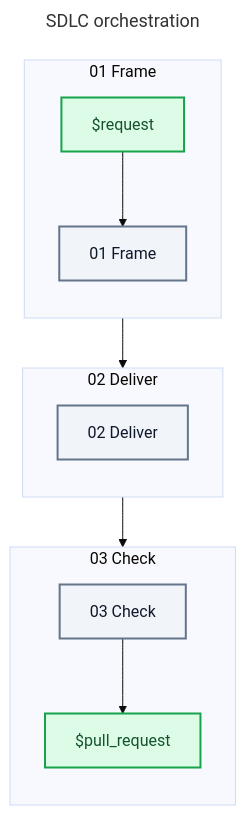
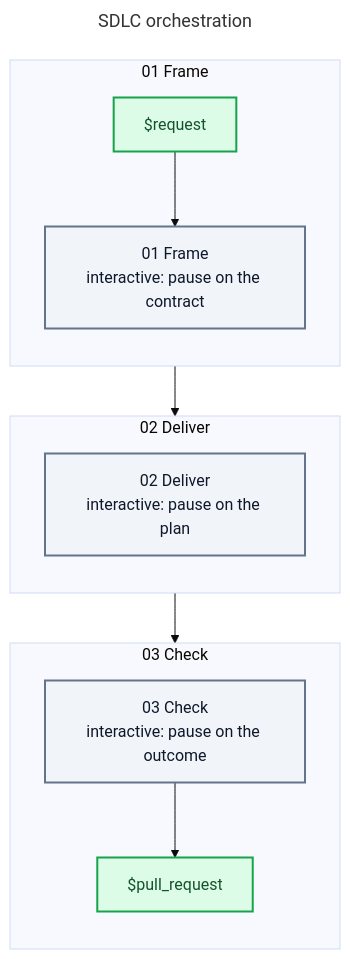
One commit to ai-driven-dev/framework changed the diagram in plugins/aidd-orchestrator/skills/01-sdlc/SKILL.md. Above: the diagram before and after it, drawn with Mermaid (base theme). The commit also changed other lines of this file and 5 other files, not shown here.

````diff
--- a/plugins/aidd-orchestrator/skills/01-sdlc/SKILL.md
+++ b/plugins/aidd-orchestrator/skills/01-sdlc/SKILL.md
@@ -23,33 +23,33 @@
 ```mermaid
 ---
 title: SDLC orchestration
 ---
 flowchart TD
   subgraph FrameStage["01 Frame"]
     direction TB
     Request["$request"]
-    Frame["01 Frame"]
+    Frame["01 Frame<br/>interactive: pause on the contract"]
   end
 
   subgraph DeliverStage["02 Deliver"]
     direction TB
-    Deliver["02 Deliver"]
+    Deliver["02 Deliver<br/>interactive: pause on the plan"]
   end
 
   subgraph CheckStage["03 Check"]
     direction TB
-    Check["03 Check"]
+    Check["03 Check<br/>interactive: pause on the outcome"]
     PullRequest["$pull_request"]
   end
 
   Request --> Frame
   Frame --> Deliver
   Deliver --> Check
   Check --> PullRequest
 
   classDef artifact fill:#DCFCE7,stroke:#16A34A,color:#14532D,stroke-width:2px
   classDef zone fill:#F1F5F9,stroke:#64748B,color:#0F172A,stroke-width:2px
 
   class Request,PullRequest artifact
   class Frame,Deliver,Check zone
 ```
````
